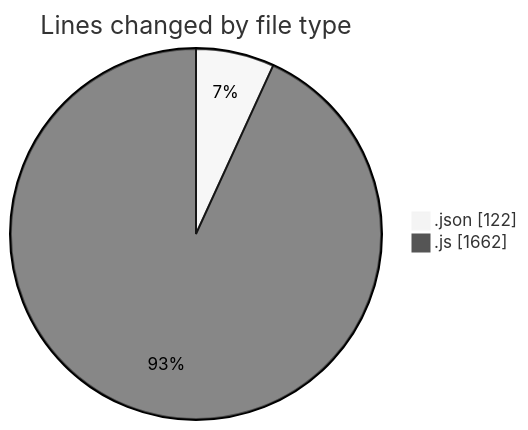
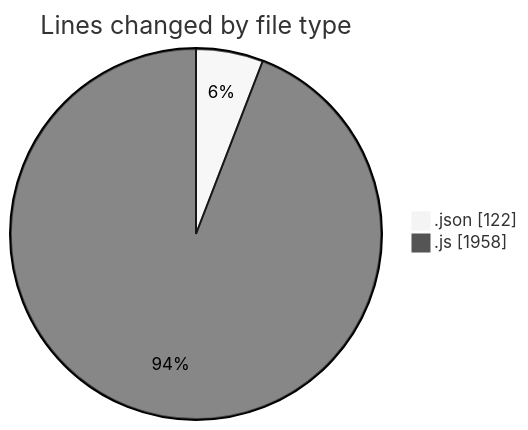
One commit to lephambinh05/code-tracking changed the first of 2 diagrams in 2025-07-15/eduwallet-main/README.md. Above: the diagram before and after it, drawn with Mermaid (neutral theme). The commit also changed other lines of this file and 1 other file, not shown here.

````diff
--- a/2025-07-15/eduwallet-main/README.md
+++ b/2025-07-15/eduwallet-main/README.md
@@ -29,6 +31,6 @@
 ```mermaid
 pie showData
 title Lines changed by file type
 ".json" : 122
-".js" : 1662
+".js" : 1958
 ```
````
